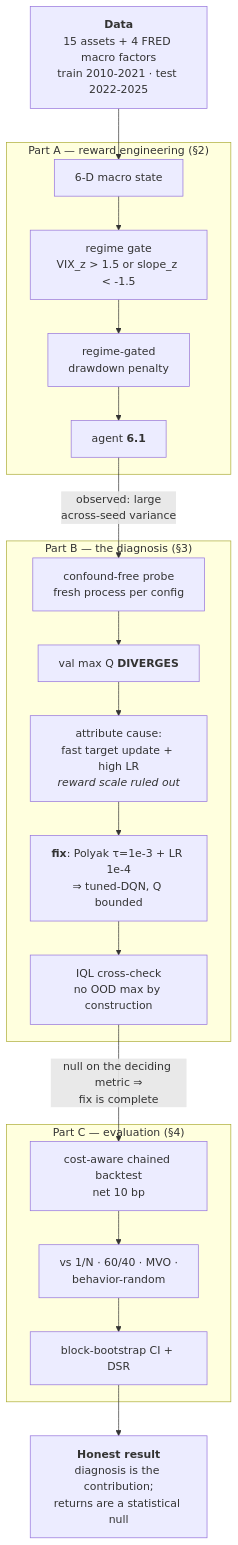
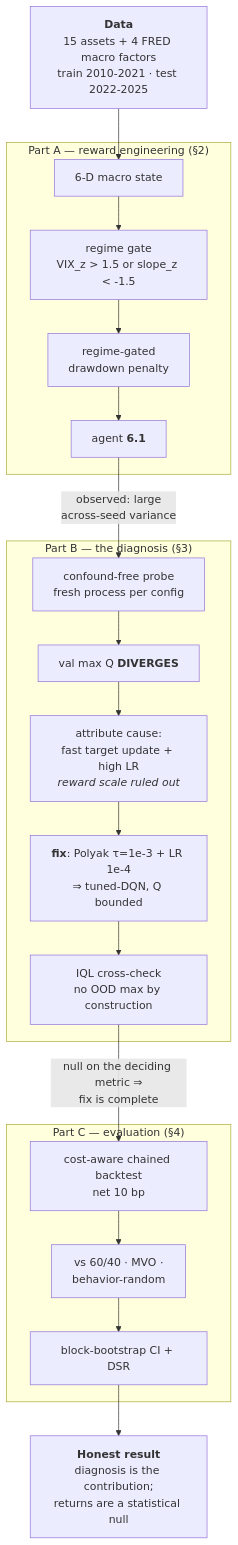
Before and after one commit to zzkai098/mathworks-offline-rl: the diagram in README.md, drawn with Mermaid. The commit also changed other lines of this file and 8 other files, not shown here.

````diff
--- a/README.md
+++ b/README.md
@@ -114,29 +115,29 @@
 ```mermaid
 flowchart TD
   D["<b>Data</b><br/>15 assets + 4 FRED macro factors<br/>train 2010-2021 · test 2022-2025"]
 
   subgraph A ["Part A — reward engineering (§2)"]
     A1["6-D macro state"] --> A2["regime gate<br/>VIX_z &gt; 1.5 or slope_z &lt; -1.5"]
     A2 --> A3["regime-gated<br/>drawdown penalty"]
     A3 --> A4["agent <b>6.1</b>"]
   end
 
   subgraph B ["Part B — the diagnosis (§3)"]
     B1["confound-free probe<br/>fresh process per config"]
     B1 --> B2["val max Q <b>DIVERGES</b>"]
     B2 --> B3["attribute cause:<br/>fast target update + high LR<br/><i>reward scale ruled out</i>"]
     B3 --> B4["<b>fix</b>: Polyak τ=1e-3 + LR 1e-4<br/>⇒ tuned-DQN, Q bounded"]
     B4 --> B5["IQL cross-check<br/>no OOD max by construction"]
   end
 
   subgraph C ["Part C — evaluation (§4)"]
     C1["cost-aware chained backtest<br/>net 10 bp"]
-    C1 --> C2["vs 1/N · 60/40 · MVO ·<br/>behavior-random"]
+    C1 --> C2["vs 60/40 · MVO ·<br/>behavior-random"]
     C2 --> C3["block-bootstrap CI + DSR"]
   end
 
   D --> A1
   A4 -->|"observed: large<br/>across-seed variance"| B1
   B5 -->|"null on the deciding metric ⇒<br/>fix is complete"| C1
   C3 --> R["<b>Honest result</b><br/>diagnosis is the contribution;<br/>returns are a statistical null"]
 ```
````
